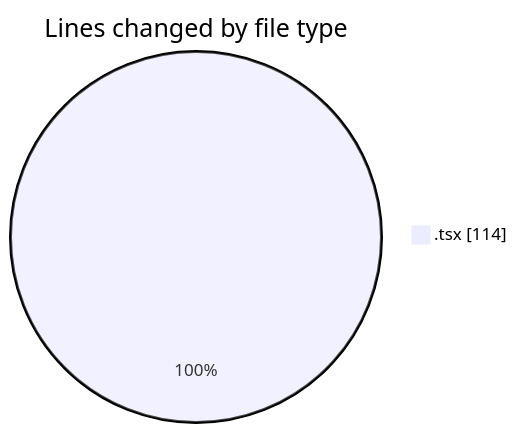
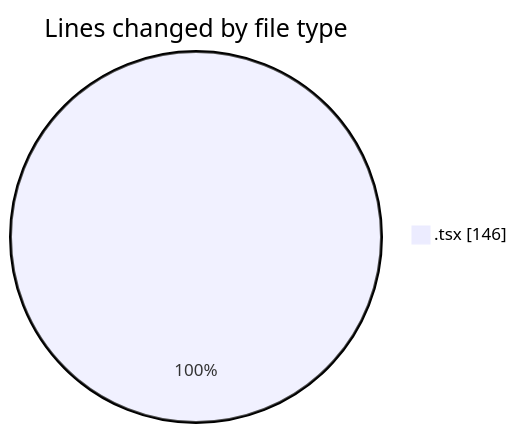
The first of 2 diagrams in 2026-03-27/cda/README.md (momahboobian/code-tracking), drawn with Mermaid before and after one commit. The commit also changed other lines of this file and 1 other file, not shown here.

````diff
--- a/2026-03-27/cda/README.md
+++ b/2026-03-27/cda/README.md
@@ -20,5 +20,5 @@
 ```mermaid
 pie showData
 title Lines changed by file type
-".tsx" : 114
+".tsx" : 146
 ```
````
